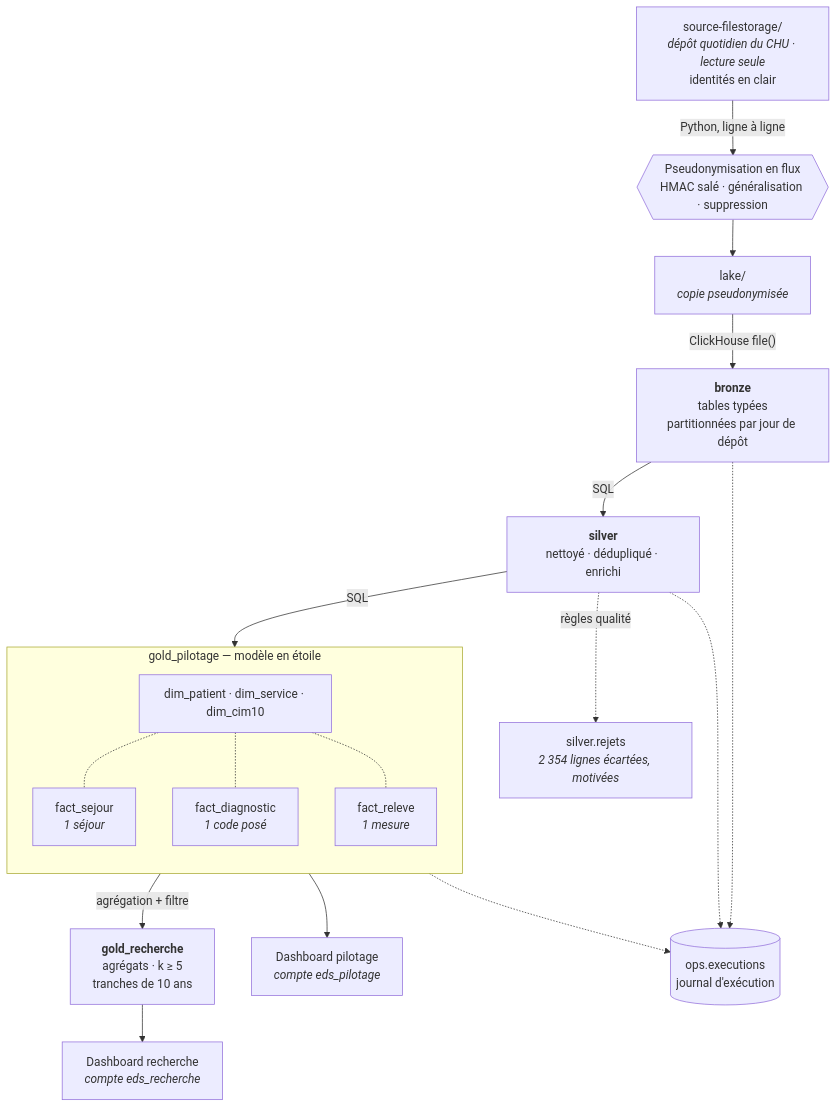
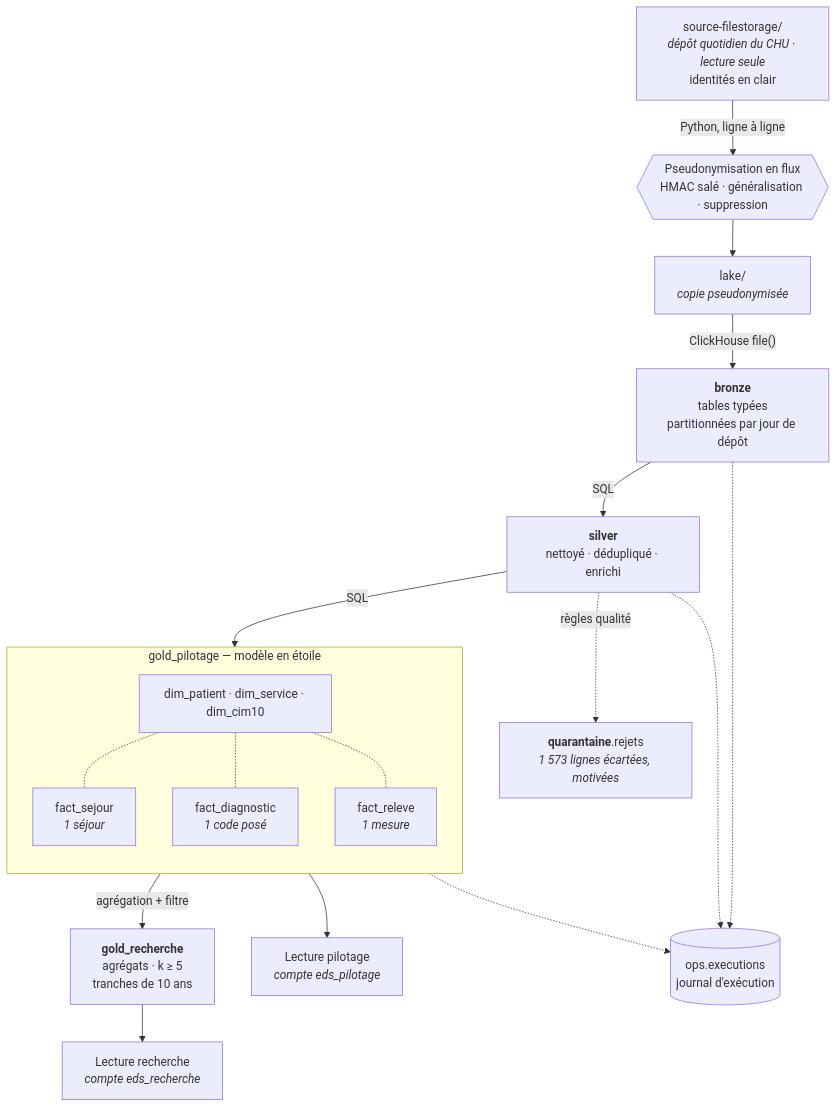
One commit to Periicles/BigData changed the second of 2 diagrams in docs/RAPPORT.md. Above: the diagram before and after it, drawn with Mermaid. The commit also changed other lines of this file and 21 other files, not shown here.

````diff
--- a/docs/RAPPORT.md
+++ b/docs/RAPPORT.md
@@ -404,37 +539,37 @@
 ```mermaid
 flowchart TD
     S["source-filestorage/<br/><i>dépôt quotidien du CHU · lecture seule</i><br/>identités en clair"]
     P{{"Pseudonymisation en flux<br/>HMAC salé · généralisation · suppression"}}
     L["lake/<br/><i>copie pseudonymisée</i>"]
     B["<b>bronze</b><br/>tables typées<br/>partitionnées par jour de dépôt"]
     V["<b>silver</b><br/>nettoyé · dédupliqué · enrichi"]
-    R["silver.rejets<br/><i>2 354 lignes écartées, motivées</i>"]
+    R["<b>quarantaine</b>.rejets<br/><i>1 573 lignes écartées, motivées</i>"]
 
     subgraph GP["gold_pilotage — modèle en étoile"]
         direction TB
         DIM["dim_patient · dim_service · dim_cim10"]
         F1["fact_sejour<br/><i>1 séjour</i>"]
         F2["fact_diagnostic<br/><i>1 code posé</i>"]
         F3["fact_releve<br/><i>1 mesure</i>"]
         DIM -.- F1
         DIM -.- F2
         DIM -.- F3
     end
 
     GR["<b>gold_recherche</b><br/>agrégats · k ≥ 5<br/>tranches de 10 ans"]
-    DP["Dashboard pilotage<br/><i>compte eds_pilotage</i>"]
-    DR["Dashboard recherche<br/><i>compte eds_recherche</i>"]
+    DP["Lecture pilotage<br/><i>compte eds_pilotage</i>"]
+    DR["Lecture recherche<br/><i>compte eds_recherche</i>"]
     O[("ops.executions<br/>journal d'exécution")]
 
     S -->|Python, ligne à ligne| P --> L
     L -->|"ClickHouse file()"| B
     B -->|SQL| V
     V -.->|règles qualité| R
     V -->|SQL| GP
     F2 -->|agrégation + filtre| GR
     GP --> DP
     GR --> DR
     B -.-> O
     V -.-> O
     GP -.-> O
 ```
````
